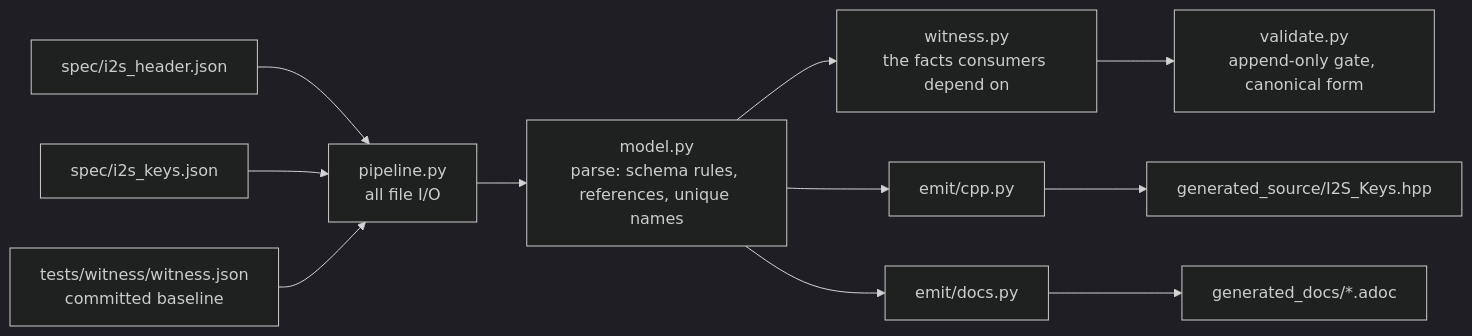
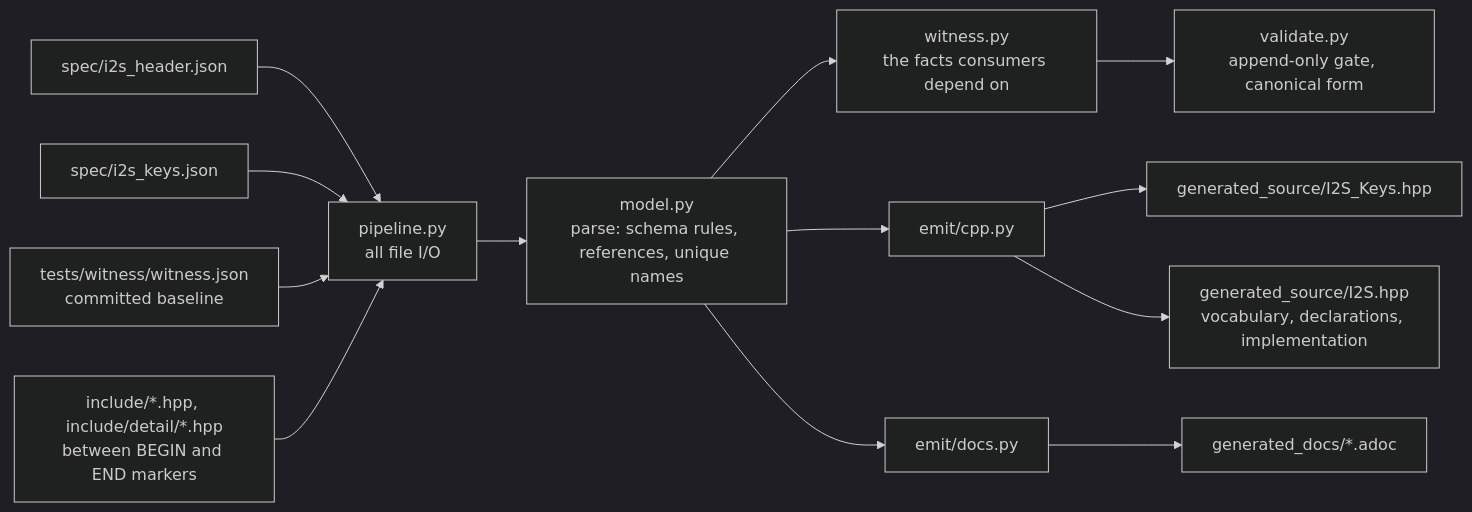
The diagram in generator/README.md (Aptix-Bio/Iris-Interoperability-Specification), drawn with Mermaid (dark theme) before and after one commit. The commit also changed other lines of this file and 31 other files, not shown here.

First line of the commit message:
InstalledSingleHeader_10: one installed I2S.hpp, keys first with full documentation, I2S_IMPLEMENTATION

````diff
--- a/generator/README.md
+++ b/generator/README.md
@@ -19,11 +21,13 @@
 ```mermaid
 flowchart LR
     H["spec/i2s_header.json"] --> P["pipeline.py<br/>all file I/O"]
     K["spec/i2s_keys.json"] --> P
     W["tests/witness/witness.json<br/>committed baseline"] --> P
     P --> M["model.py<br/>parse: schema rules, references, unique names"]
     M --> X["witness.py<br/>the facts consumers depend on"]
     X --> V["validate.py<br/>append-only gate, canonical form"]
     M --> C["emit/cpp.py"] --> O1["generated_source/I2S_Keys.hpp"]
+    S["include/*.hpp, include/detail/*.hpp<br/>between BEGIN and END markers"] --> P
+    C --> O3["generated_source/I2S.hpp<br/>vocabulary, declarations, implementation"]
     M --> D["emit/docs.py"] --> O2["generated_docs/*.adoc"]
 ```
````
